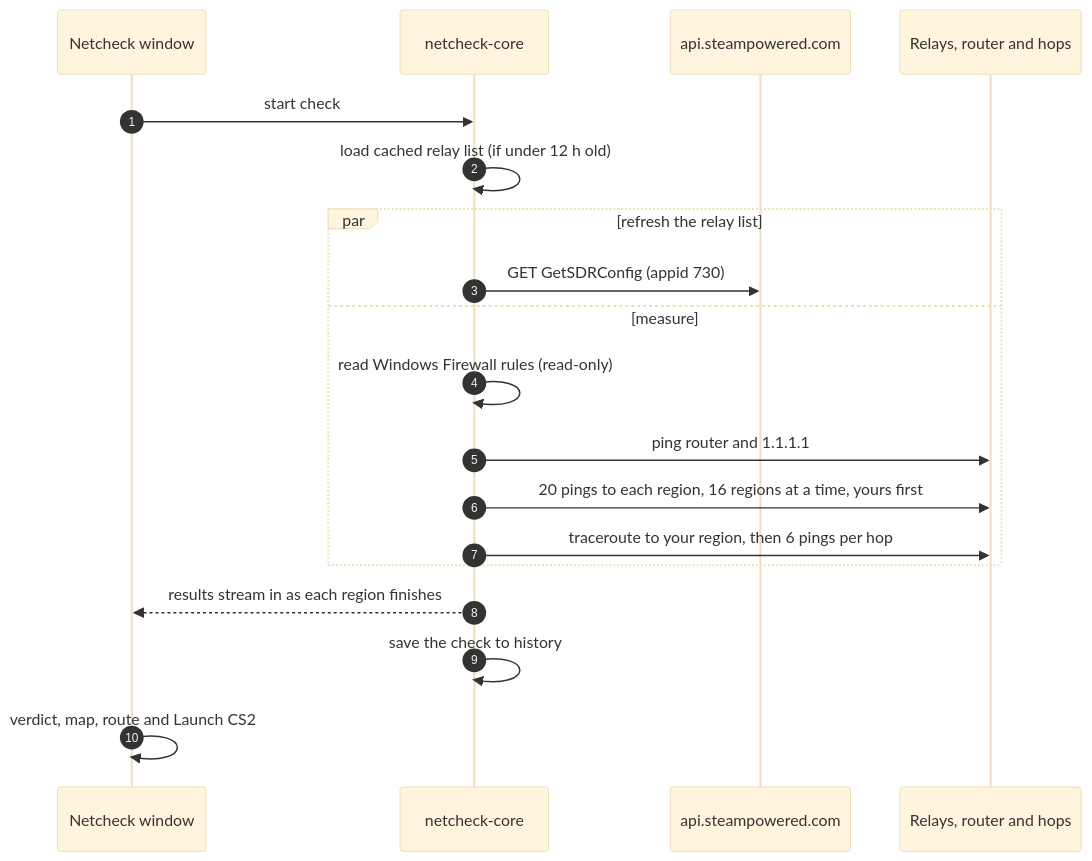
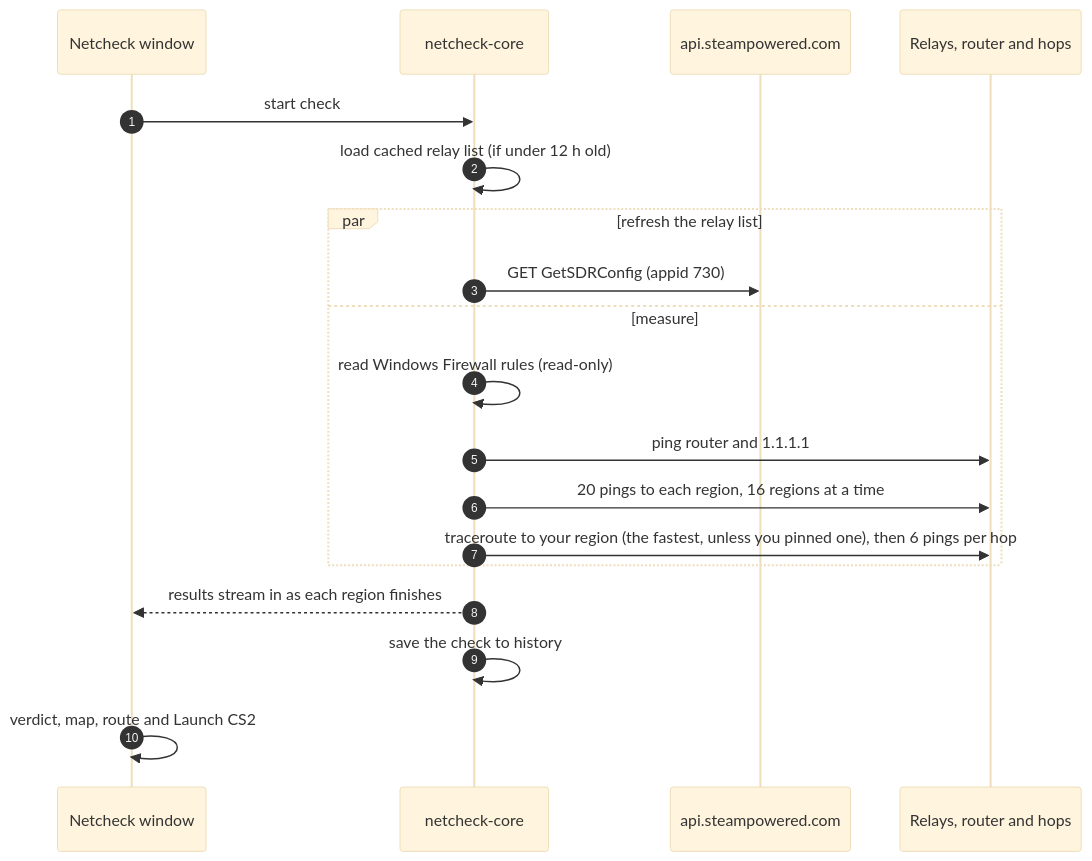
One commit to Mahan-Imanian/netcheck changed the first of 3 diagrams in docs/how-it-works.md. Above: the diagram before and after it, drawn with Mermaid (base theme). The commit also changed other lines of this file and 2 other files, not shown here.

````diff
--- a/docs/how-it-works.md
+++ b/docs/how-it-works.md
@@ -20,21 +20,21 @@
 ```mermaid
 sequenceDiagram
     autonumber
     participant UI as Netcheck window
     participant Core as netcheck-core
     participant Valve as api.steampowered.com
     participant Net as Relays, router and hops
     UI->>Core: start check
     Core->>Core: load cached relay list (if under 12 h old)
     par refresh the relay list
         Core->>Valve: GET GetSDRConfig (appid 730)
     and measure
         Core->>Core: read Windows Firewall rules (read-only)
         Core->>Net: ping router and 1.1.1.1
-        Core->>Net: 20 pings to each region, 16 regions at a time, yours first
-        Core->>Net: traceroute to your region, then 6 pings per hop
+        Core->>Net: 20 pings to each region, 16 regions at a time
+        Core->>Net: traceroute to your region (the fastest, unless you pinned one), then 6 pings per hop
     end
     Core-->>UI: results stream in as each region finishes
     Core->>Core: save the check to history
     UI->>UI: verdict, map, route and Launch CS2
 ```
````
